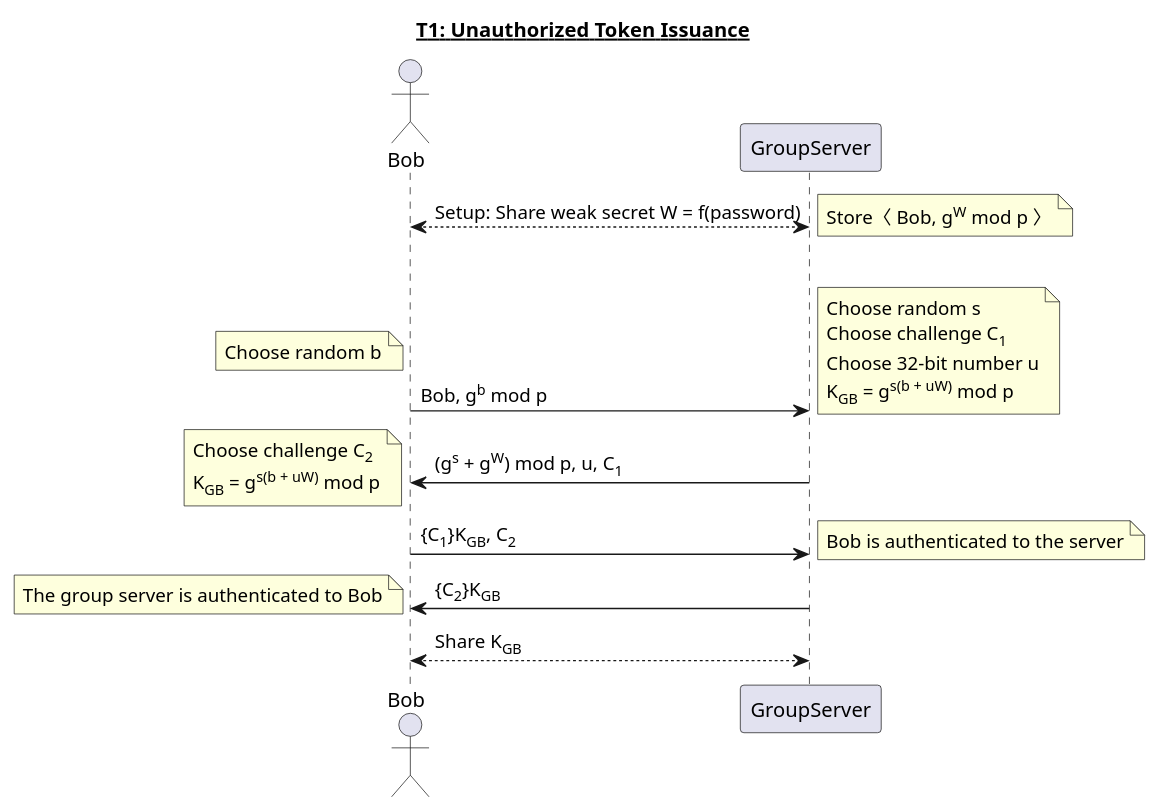
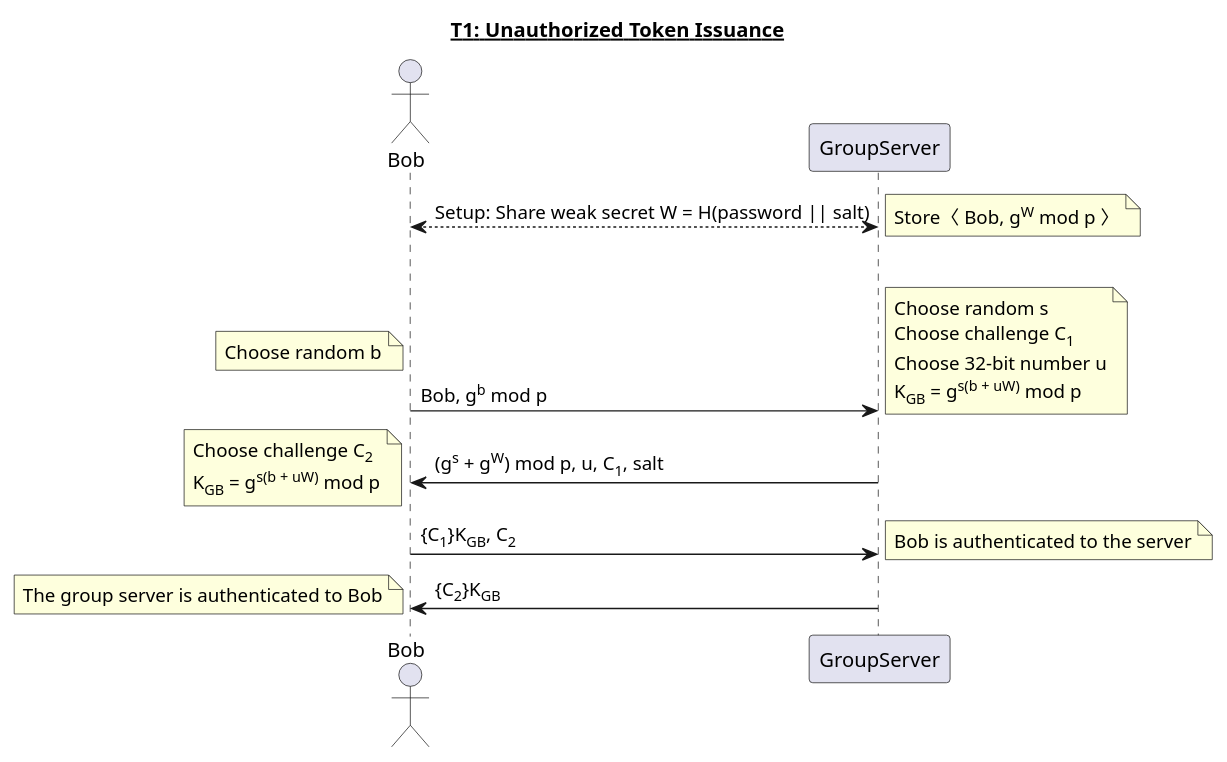
The diagram in reports/img/T1.puml (jondyer/cs1653-2017fa-jbd29-mar257-zds14), drawn with PlantUML before and after one commit. The commit also changed 7 other files, not shown here.

```diff
--- a/reports/img/T1.puml
+++ b/reports/img/T1.puml
@@ -1,27 +1,26 @@
 @startuml
 title __T1: Unauthorized Token Issuance__
 actor Bob
 
-Bob <--> GroupServer: Setup: Share weak secret W = f(password)
+Bob <--> GroupServer: Setup: Share weak secret W = H(password || salt)
 note right: Store〈 Bob, g<sup>W</sup> mod p 〉
 |||
 Bob -> GroupServer: Bob, g<sup>b</sup> mod p 
 note left: Choose random b
 note right
 	Choose random s
 	Choose challenge C<sub>1</sub>
 	Choose 32-bit number u
 	K<sub>GB</sub> = g<sup>s(b + uW)</sup> mod p
 end note
 
-GroupServer -> Bob: (g<sup>s</sup> + g<sup>W</sup>) mod p, u, C<sub>1</sub>
+GroupServer -> Bob: (g<sup>s</sup> + g<sup>W</sup>) mod p, u, C<sub>1</sub>, salt
 note left
 	Choose challenge C<sub>2</sub>
 	K<sub>GB</sub> = g<sup>s(b + uW)</sup> mod p
 end note
 Bob -> GroupServer: {C<sub>1</sub>}K<sub>GB</sub>, C<sub>2</sub>
 note right: Bob is authenticated to the server
 GroupServer -> Bob: {C<sub>2</sub>}K<sub>GB</sub>
 note left: The group server is authenticated to Bob
-Bob <--> GroupServer: Share K<sub>GB</sub>
 @enduml
```
